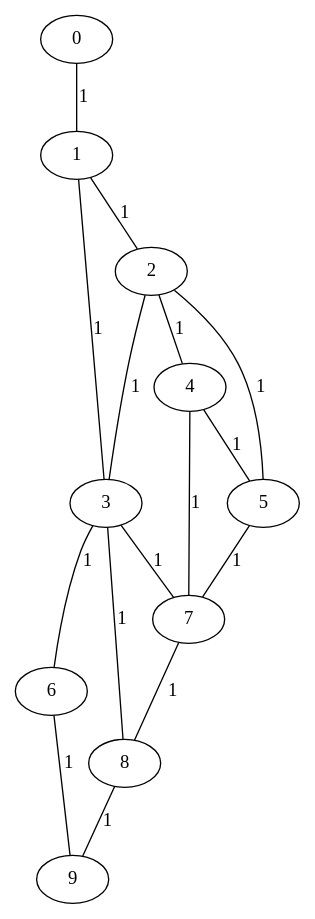
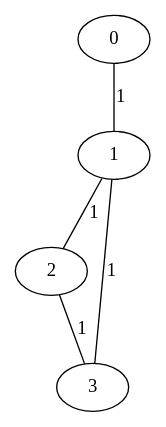
One commit to Jessica276/cuthill_mc_kee changed the diagram in test.dot. Above: the diagram before and after it, drawn with Graphviz. The commit also changed 1 other file, not shown here.

```diff
--- a/test.dot
+++ b/test.dot
@@ -1,17 +1,6 @@
 graph G {
 0 -- 1 [label="1"];
 1 -- 2 [label="1"];
 1 -- 3 [label="1"];
 2 -- 3 [label="1"];
-2 -- 4 [label="1"];
-2 -- 5 [label="1"];
-3 -- 6 [label="1"];
-3 -- 7 [label="1"];
-3 -- 8 [label="1"];
-4 -- 5 [label="1"];
-4 -- 7 [label="1"];
-5 -- 7 [label="1"];
-6 -- 9 [label="1"];
-7 -- 8 [label="1"];
-8 -- 9 [label="1"];
 }
```
